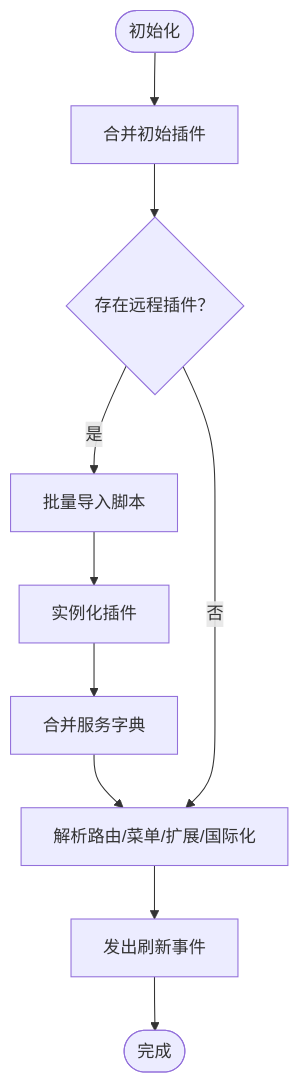
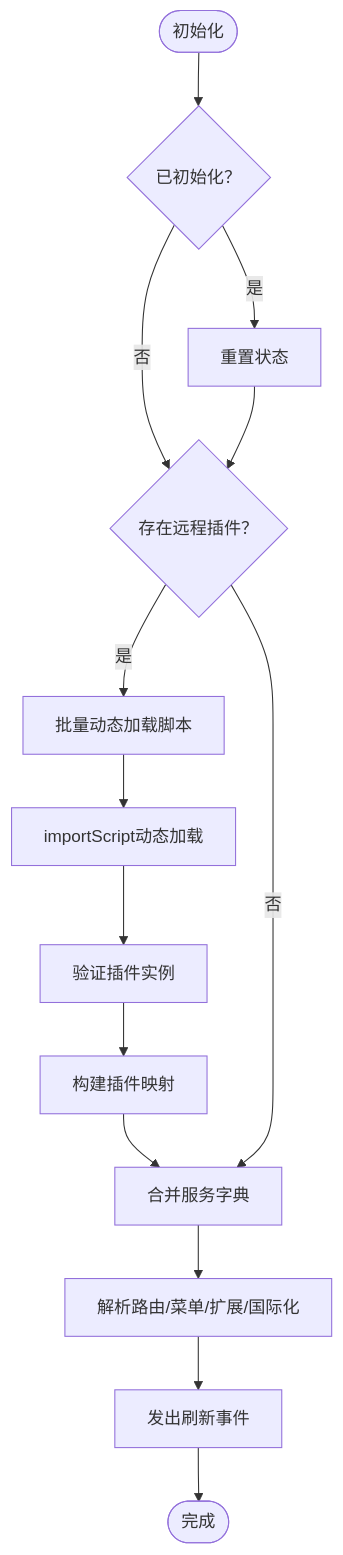
One commit to LRF0422/Kotion changed the third of 6 diagrams in .qoder/repowiki/zh/content/插件开发/插件开发.md. Above: the diagram before and after it, drawn with Mermaid. The commit also changed other lines of this file and 75 other files, not shown here.

````diff
--- a/.qoder/repowiki/zh/content/插件开发/插件开发.md
+++ b/.qoder/repowiki/zh/content/插件开发/插件开发.md
@@ -206,12 +259,16 @@
 ```mermaid
 flowchart TD
-Start(["初始化"]) --> MergeInit["合并初始插件"]
-MergeInit --> LoadRemote{"存在远程插件？"}
-LoadRemote --> |是| ImportScripts["批量导入脚本"]
-ImportScripts --> Instantiate["实例化插件"]
-Instantiate --> MergeServices["合并服务字典"]
+Start(["初始化"]) --> ResetState{"已初始化？"}
+ResetState --> |是| Reset["重置状态"]
+ResetState --> |否| CheckRemote{"存在远程插件？"}
+Reset --> CheckRemote
+CheckRemote --> |是| LoadRemote["批量动态加载脚本"]
+LoadRemote --> ImportScript["importScript动态加载"]
+ImportScript --> ValidatePlugins["验证插件实例"]
+ValidatePlugins --> BuildMap["构建插件映射"]
+BuildMap --> MergeServices["合并服务字典"]
 MergeServices --> ResolveAll["解析路由/菜单/扩展/国际化"]
 ResolveAll --> EmitRefresh["发出刷新事件"]
 EmitRefresh --> End(["完成"])
-LoadRemote --> |否| ResolveAll
+CheckRemote --> |否| MergeServices
 ```
````
